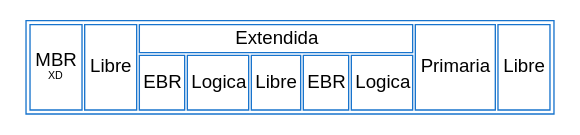
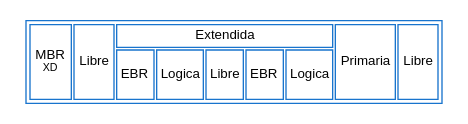
The diagram in Proyecto1/graphviz/disk.dot (TheJhonXD/-MIA-Proyecto1_201900831), drawn with Graphviz before and after one commit. The commit also changed 22 other files, not shown here.

```diff
--- a/Proyecto1/graphviz/disk.dot
+++ b/Proyecto1/graphviz/disk.dot
@@ -1,24 +1,24 @@
 digraph {
-    node [ shape=none fontname=Arial ]
+    node [ shape=none fontname=Arial fontsize=10]
 
     n4 [ label = <
         <table border="" color="dodgerblue3">
             <tr>
                 <td colspan="2" rowspan="12">MBR<br/><font point-size="8">XD</font></td>
                 <td colspan="2" rowspan="12">Libre</td>
                 <td colspan="5">Extendida</td>
                 <td colspan="2" rowspan="12">Primaria</td>
                 <td colspan="2" rowspan="12">Libre</td>
             </tr>
             <tr>
                 <td rowspan="11">EBR</td>
                 <td rowspan="11">Logica</td>
                 <td rowspan="11">Libre</td>
                 <td rowspan="11">EBR</td>
                 <td rowspan="11">Logica</td>
             </tr>
         </table>
     > ];
 
     {rank=same n4};
 }
```
